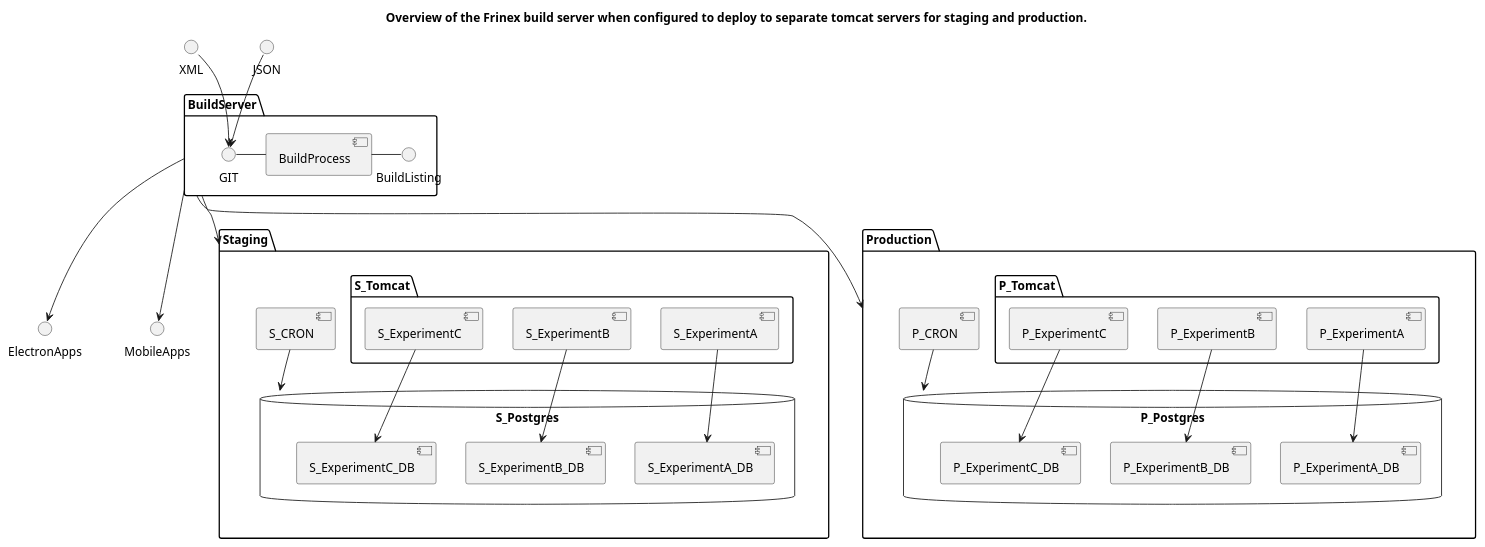
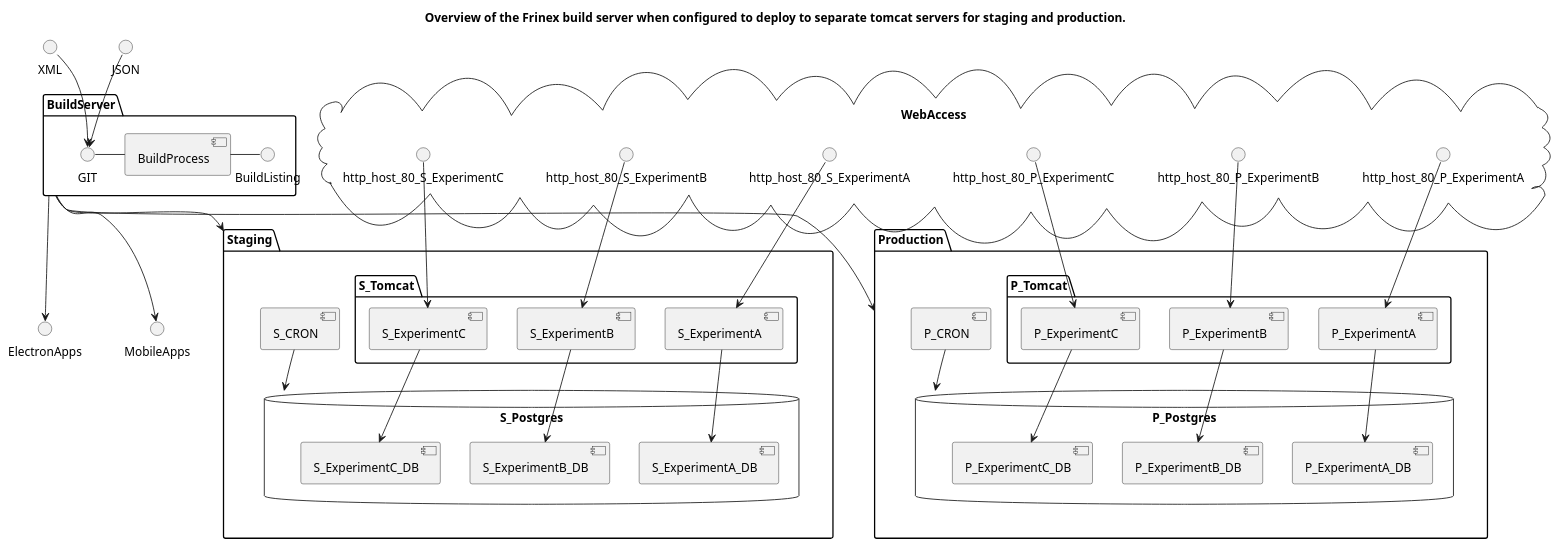
The diagram in src/main/uml/ServiceOverview.puml (MPI-ExperimentGroup/FrinexBuildService), drawn with PlantUML before and after one commit. The commit also changed 3 other files, not shown here.

Commit message:
Added networking information to the UML diagrams.

```diff
--- a/src/main/uml/ServiceOverview.puml
+++ b/src/main/uml/ServiceOverview.puml
@@ -1,45 +1,55 @@
 @startuml
 title Overview of the Frinex build server when configured to deploy to separate tomcat servers for staging and production.
 
 package "BuildServer" {
   GIT - [BuildProcess]
   [BuildProcess] - BuildListing
 }
 
 XML --> GIT
 JSON --> GIT
 
 package "Staging" {
   database "S_Postgres" {
     [S_ExperimentA_DB]
     [S_ExperimentB_DB]
     [S_ExperimentC_DB]
   }
   folder "S_Tomcat" {
     [S_ExperimentA] --> S_ExperimentA_DB
     [S_ExperimentB] --> S_ExperimentB_DB
     [S_ExperimentC] --> S_ExperimentC_DB
   }
   [S_CRON] --> S_Postgres 
 }
 
 package "Production" {
   database "P_Postgres" {
     [P_ExperimentA_DB]
     [P_ExperimentB_DB]
     [P_ExperimentC_DB]
   }
   folder "P_Tomcat" {
     [P_ExperimentA] --> P_ExperimentA_DB
     [P_ExperimentB] --> P_ExperimentB_DB
     [P_ExperimentC] --> P_ExperimentC_DB
   }
   [P_CRON] --> P_Postgres 
 }
 
 BuildServer --> ElectronApps
 BuildServer --> MobileApps
 
 BuildServer --> Staging
 BuildServer --> Production
+
+cloud WebAccess {
+  http_host_80_S_ExperimentA --> S_ExperimentA
+  http_host_80_S_ExperimentB --> S_ExperimentB
+  http_host_80_S_ExperimentC --> S_ExperimentC
+  http_host_80_P_ExperimentA --> P_ExperimentA
+  http_host_80_P_ExperimentB --> P_ExperimentB
+  http_host_80_P_ExperimentC --> P_ExperimentC
+}
+
 @enduml
```
